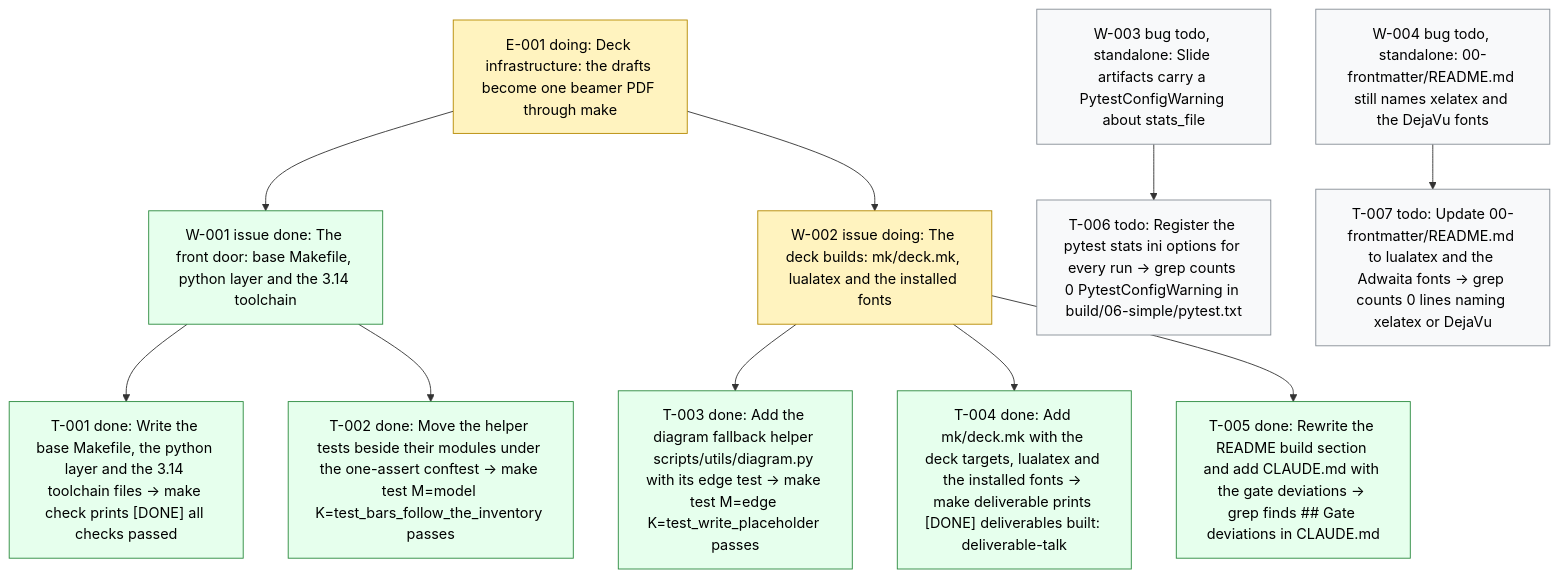
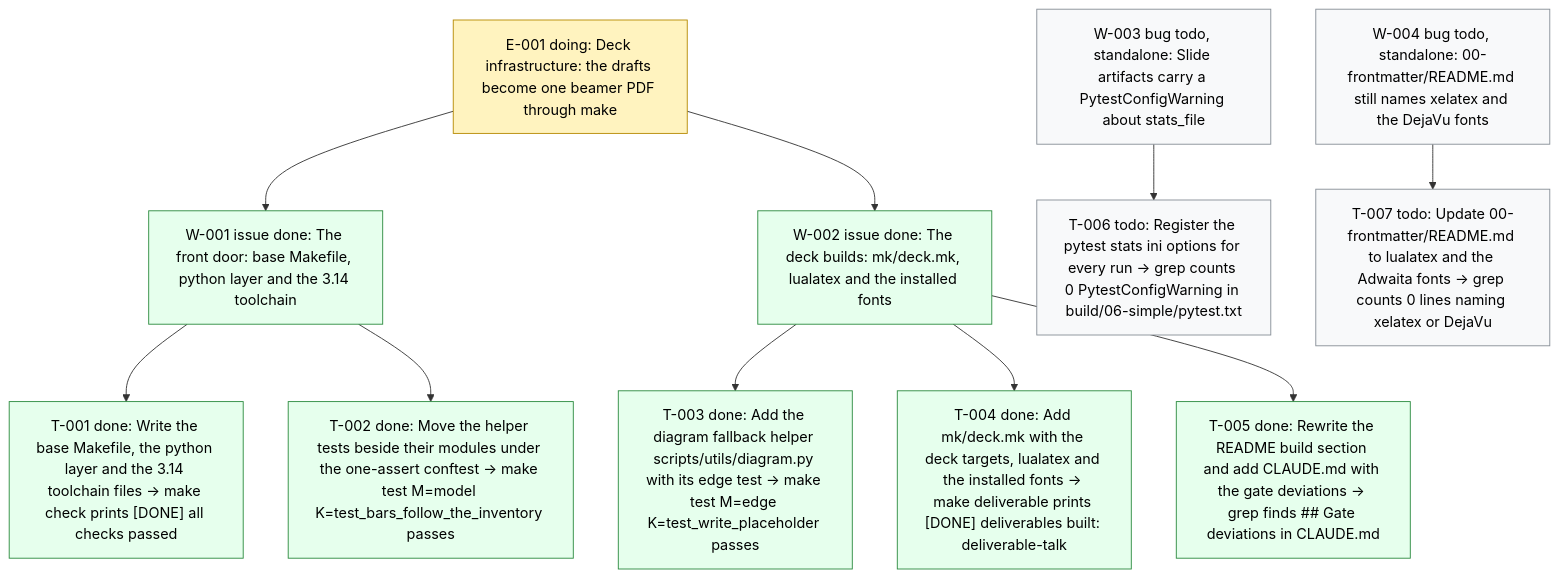
Before and after one commit to dpopchev/chaos-to-simple: the diagram in .board/BOARD.md, drawn with Mermaid. The commit also changed other lines of this file and 1 other file, not shown here.

Commit message:
chore(board): close W-002 -- landed
Refs: W-002

````diff
--- a/.board/BOARD.md
+++ b/.board/BOARD.md
@@ -16,23 +16,23 @@
 ```mermaid
 flowchart TD
   E001["E-001 doing: Deck infrastructure: the drafts become one beamer PDF through make"]
   E001 --> W001["W-001 issue done: The front door: base Makefile, python layer and the 3.14 toolchain"]
   W001 --> T001["T-001 done: Write the base Makefile, the python layer and the 3.14 toolchain files -> make check prints [DONE] all checks passed"]
   W001 --> T002["T-002 done: Move the helper tests beside their modules under the one-assert conftest -> make test M=model K=test_bars_follow_the_inventory passes"]
-  E001 --> W002["W-002 issue doing: The deck builds: mk/deck.mk, lualatex and the installed fonts"]
+  E001 --> W002["W-002 issue done: The deck builds: mk/deck.mk, lualatex and the installed fonts"]
   W002 --> T003["T-003 done: Add the diagram fallback helper scripts/utils/diagram.py with its edge test -> make test M=edge K=test_write_placeholder passes"]
   W002 --> T004["T-004 done: Add mk/deck.mk with the deck targets, lualatex and the installed fonts -> make deliverable prints [DONE] deliverables built: deliverable-talk"]
   W002 --> T005["T-005 done: Rewrite the README build section and add CLAUDE.md with the gate deviations -> grep finds ## Gate deviations in CLAUDE.md"]
   W003["W-003 bug todo, standalone: Slide artifacts carry a PytestConfigWarning about stats_file"]
   W003 --> T006["T-006 todo: Register the pytest stats ini options for every run -> grep counts 0 PytestConfigWarning in build/06-simple/pytest.txt"]
   W004["W-004 bug todo, standalone: 00-frontmatter/README.md still names xelatex and the DejaVu fonts"]
   W004 --> T007["T-007 todo: Update 00-frontmatter/README.md to lualatex and the Adwaita fonts -> grep counts 0 lines naming xelatex or DejaVu"]
   classDef doing fill:#fff3bf,stroke:#b58900,color:#000;
   classDef blocked fill:#ffe3e3,stroke:#c92a2a,color:#000;
   classDef done fill:#e6ffed,stroke:#2b8a3e,color:#000;
   classDef todo fill:#f8f9fa,stroke:#868e96,color:#000;
   classDef pruned fill:#f1f3f5,stroke:#adb5bd,color:#000;
-  class E001,W002 doing
-  class W001,T001,T002,T003,T004,T005 done
+  class E001 doing
+  class W001,T001,T002,W002,T003,T004,T005 done
   class W003,T006,W004,T007 todo
 ```
````
